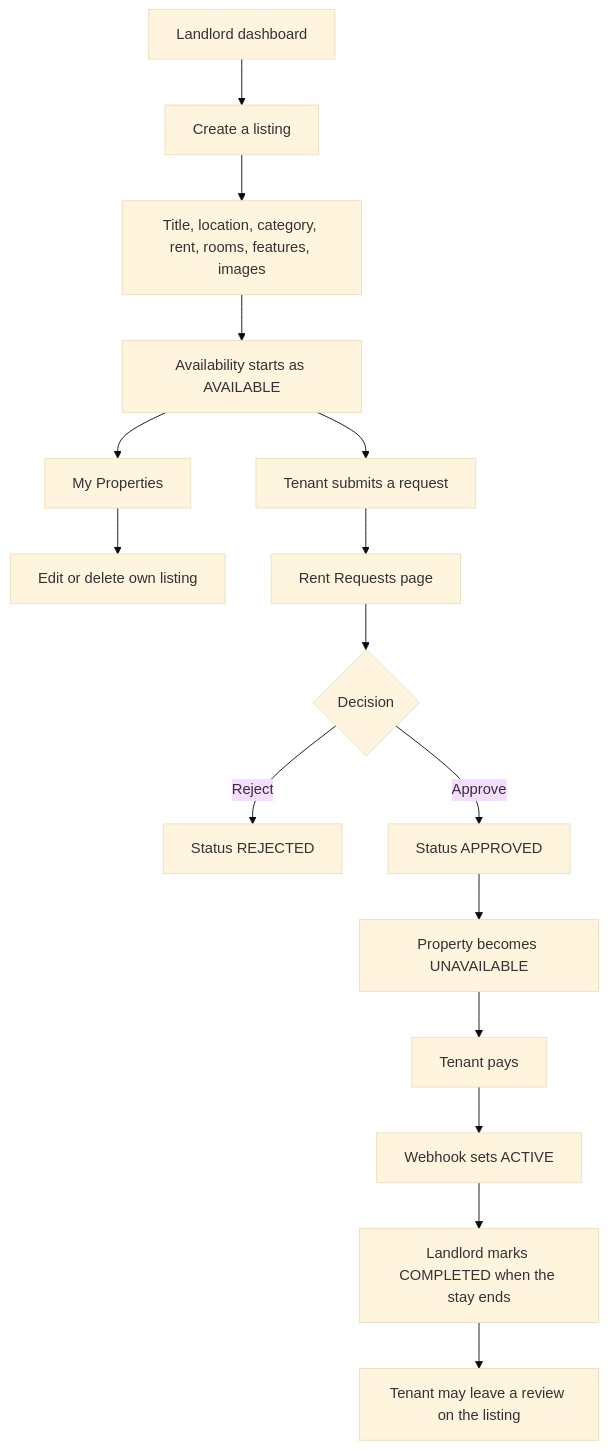
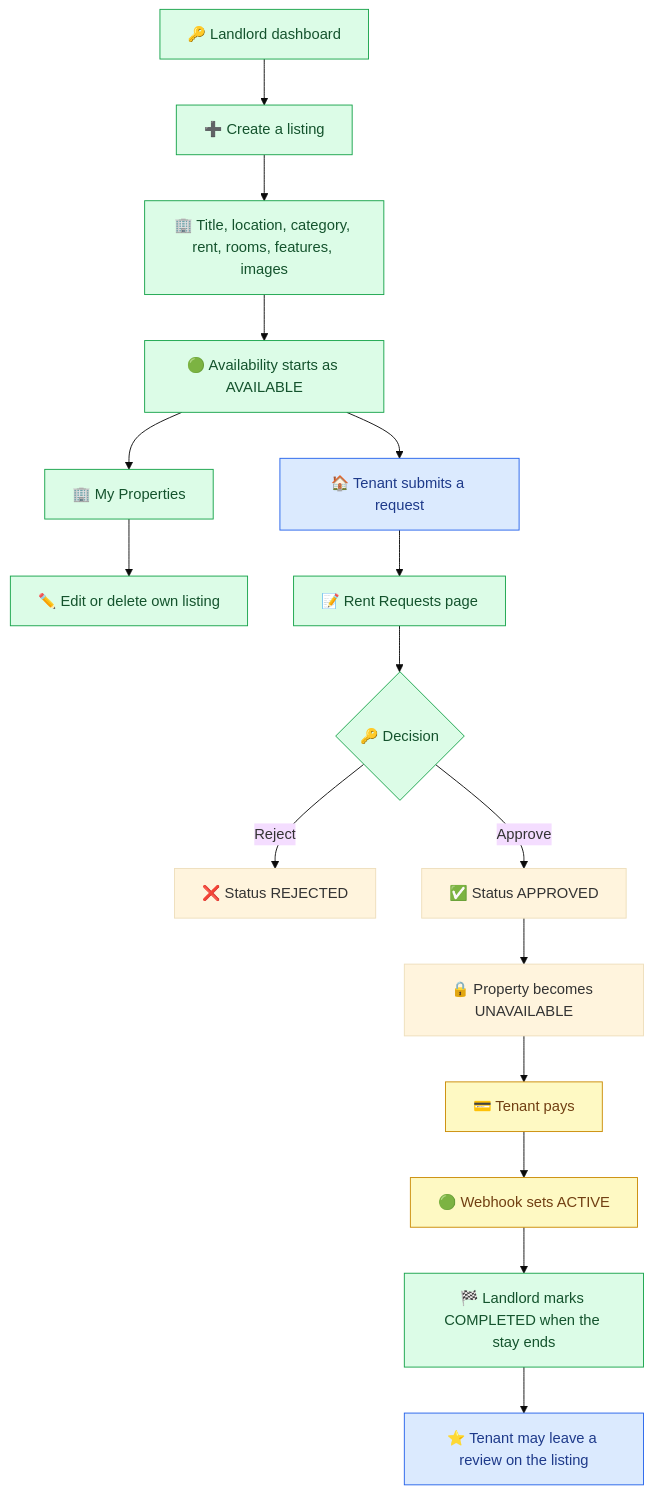
The seventh of 12 diagrams in RentNest-full-workflow.md (kaziashik/rentnest_frontend-), drawn with Mermaid (base theme) before and after one commit. The commit also changed other lines of this file, not shown here.

````diff
--- a/RentNest-full-workflow.md
+++ b/RentNest-full-workflow.md
@@ -194,18 +251,25 @@
 ```mermaid
 flowchart TD
-    A[Landlord dashboard] --> B[Create a listing]
-    B --> C["Title, location, category, rent, rooms, features, images"]
-    C --> D[Availability starts as AVAILABLE]
-    D --> E[My Properties]
-    E --> F[Edit or delete own listing]
-    D --> G[Tenant submits a request]
-    G --> H[Rent Requests page]
-    H --> I{Decision}
-    I -- Reject --> J[Status REJECTED]
-    I -- Approve --> K[Status APPROVED]
-    K --> L[Property becomes UNAVAILABLE]
-    L --> M[Tenant pays]
-    M --> N[Webhook sets ACTIVE]
-    N --> O[Landlord marks COMPLETED when the stay ends]
-    O --> P[Tenant may leave a review on the listing]
+    A["🔑 Landlord dashboard"] --> B["➕ Create a listing"]
+    B --> C["🏢 Title, location, category, rent, rooms, features, images"]
+    C --> D["🟢 Availability starts as AVAILABLE"]
+    D --> E["🏢 My Properties"]
+    E --> F["✏️ Edit or delete own listing"]
+    D --> G["🏠 Tenant submits a request"]
+    G --> H["📝 Rent Requests page"]
+    H --> I{"🔑 Decision"}
+    I -- Reject --> J["❌ Status REJECTED"]
+    I -- Approve --> K["✅ Status APPROVED"]
+    K --> L["🔒 Property becomes UNAVAILABLE"]
+    L --> M["💳 Tenant pays"]
+    M --> N["🟢 Webhook sets ACTIVE"]
+    N --> O["🏁 Landlord marks COMPLETED when the stay ends"]
+    O --> P["⭐ Tenant may leave a review on the listing"]
+
+    classDef tenant fill:#dbeafe,stroke:#2563eb,color:#1e3a8a
+    classDef landlord fill:#dcfce7,stroke:#16a34a,color:#14532d
+    classDef pay fill:#fef9c3,stroke:#ca8a04,color:#713f12
+    class A,B,C,D,E,F,H,I,O landlord
+    class G,P tenant
+    class M,N pay
 ```
````
